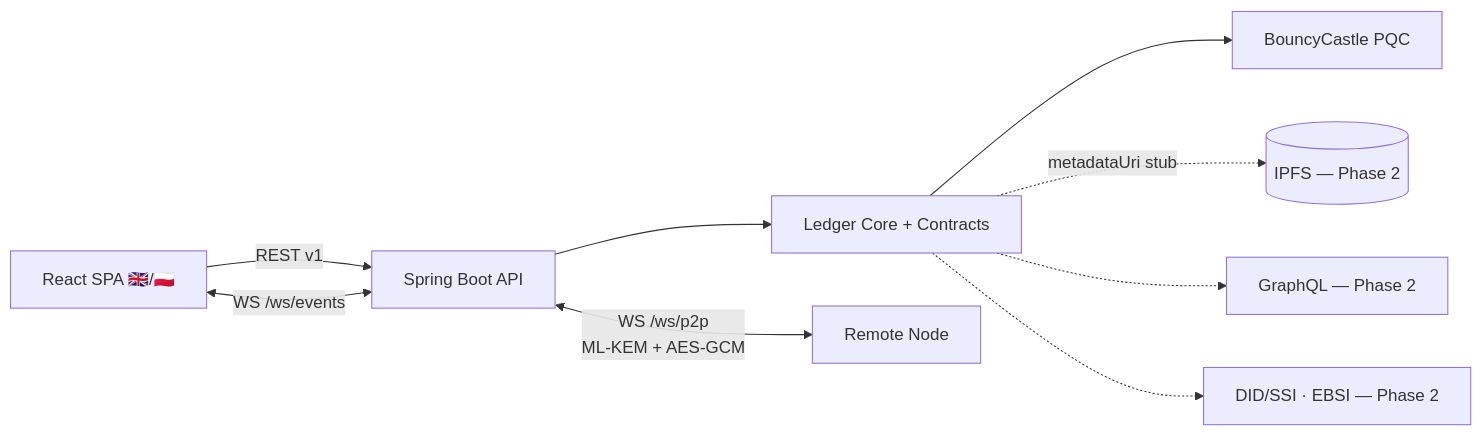
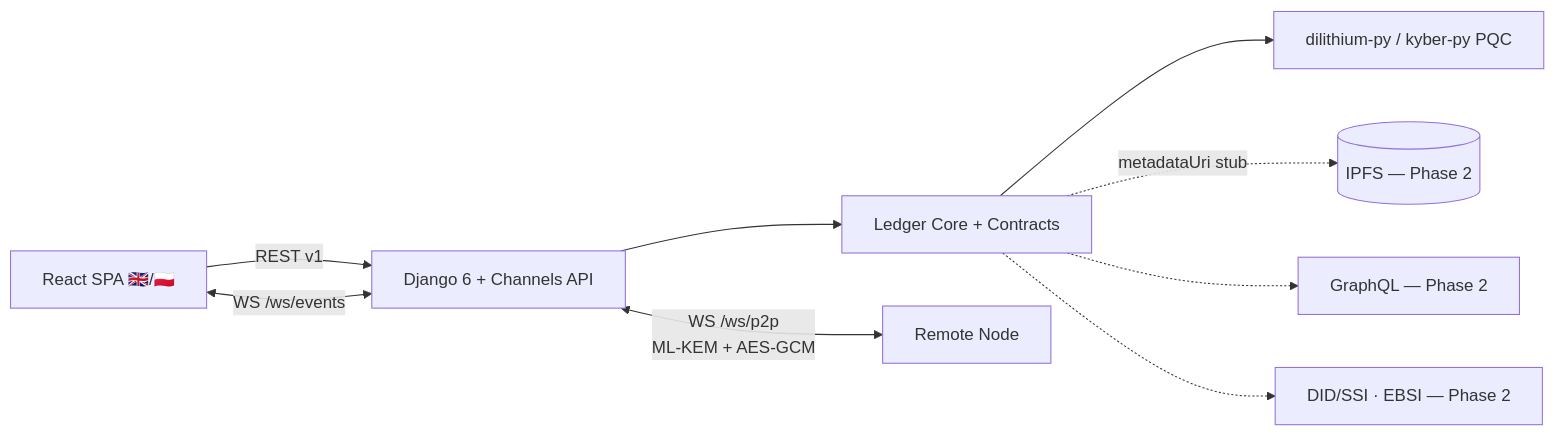
The diagram in app04_python_django_block/docs/sdlc/05-connectors-and-skills.md (hermesnauka/legal-blockchain-study), drawn with Mermaid before and after one commit. The commit also changed other lines of this file and 49 other files, not shown here.

````diff
--- a/app04_python_django_block/docs/sdlc/05-connectors-and-skills.md
+++ b/app04_python_django_block/docs/sdlc/05-connectors-and-skills.md
@@ -48,11 +48,11 @@
 ```mermaid
 flowchart LR
-    SPA[React SPA 🇬🇧/🇵🇱] -->|REST v1| API[Spring Boot API]
+    SPA[React SPA 🇬🇧/🇵🇱] -->|REST v1| API[Django 6 + Channels API]
     SPA <-->|WS /ws/events| API
     API --> CORE[Ledger Core + Contracts]
-    CORE --> BC[BouncyCastle PQC]
+    CORE --> BC[dilithium-py / kyber-py PQC]
     API <-->|WS /ws/p2p<br/>ML-KEM + AES-GCM| PEER[Remote Node]
     CORE -.->|metadataUri stub| IPFS[(IPFS — Phase 2)]
     CORE -.-> GQL[GraphQL — Phase 2]
     CORE -.-> DID[DID/SSI · EBSI — Phase 2]
 ```
````
